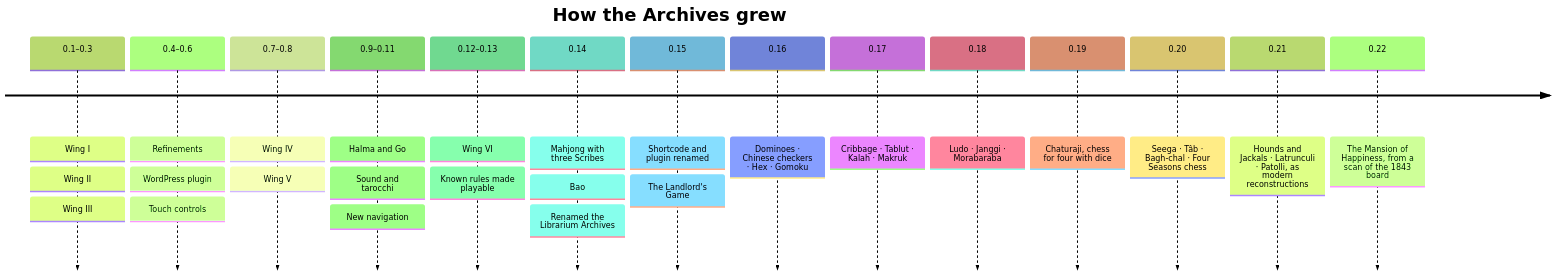
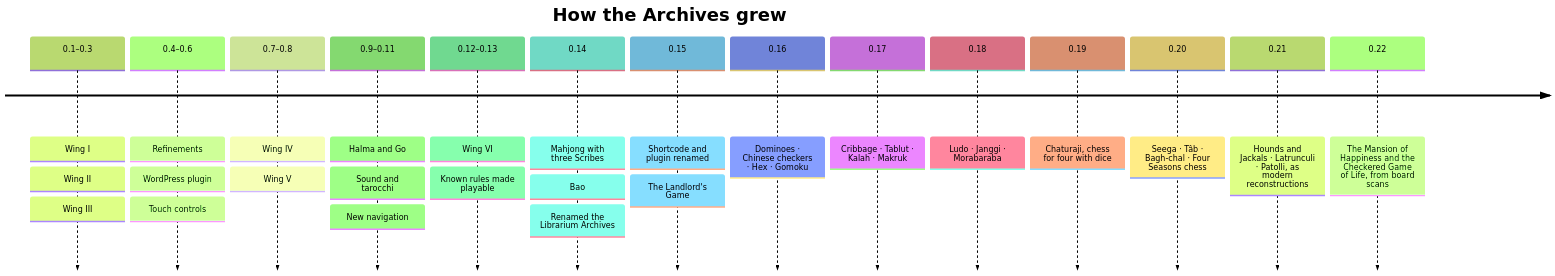
Before and after one commit to CptNope/Librarium-Archives: the first of 2 diagrams in docs/roadmap.md, drawn with Mermaid (forest theme). The commit also changed other lines of this file and 14 other files, not shown here.

First line of the commit message:
Make the Checkered Game of Life playable, from a scan of the board

````diff
--- a/docs/roadmap.md
+++ b/docs/roadmap.md
@@ -3,18 +3,18 @@
 ```mermaid
 timeline
     title How the Archives grew
     0.1–0.3 : Wing I : Wing II : Wing III
     0.4–0.6 : Refinements : WordPress plugin : Touch controls
     0.7–0.8 : Wing IV : Wing V
     0.9–0.11 : Halma and Go : Sound and tarocchi : New navigation
     0.12–0.13 : Wing VI : Known rules made playable
     0.14 : Mahjong with three Scribes : Bao : Renamed the Librarium Archives
     0.15 : Shortcode and plugin renamed : The Landlord's Game
     0.16 : Dominoes · Chinese checkers · Hex · Gomoku
     0.17 : Cribbage · Tablut · Kalah · Makruk
     0.18 : Ludo · Janggi · Morabaraba
     0.19 : Chaturaji, chess for four with dice
     0.20 : Seega · Tâb · Bagh-chal · Four Seasons chess
     0.21 : Hounds and Jackals · Latrunculi · Patolli, as modern reconstructions
-    0.22 : The Mansion of Happiness, from a scan of the 1843 board
+    0.22 : The Mansion of Happiness and the Checkered Game of Life, from board scans
 ```
````
